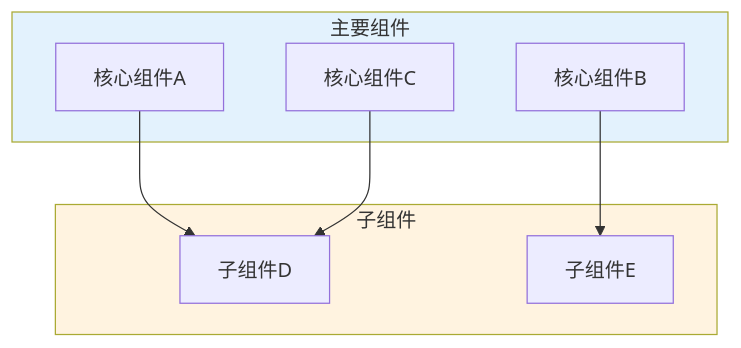
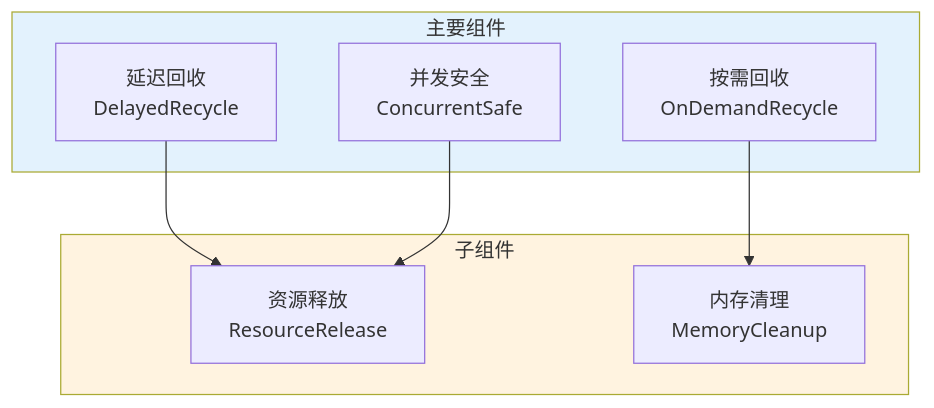
Diagram 23 of 24 in _posts/2025-07-05-indexlib-7-memory-management.md (zhouzhilong-commits/zhouzhilong-commits.github.io), drawn with Mermaid before and after one commit. The commit also changed other lines of this file and 3 other files, not shown here.

````diff
--- a/_posts/2025-07-05-indexlib-7-memory-management.md
+++ b/_posts/2025-07-05-indexlib-7-memory-management.md
@@ -1114,20 +1114,20 @@
 ```mermaid
 flowchart TD
     subgraph Main["主要组件"]
-        A["核心组件A"]
-        B["核心组件B"]
-        C["核心组件C"]
+        A["延迟回收<br/>DelayedRecycle"]
+        B["按需回收<br/>OnDemandRecycle"]
+        C["并发安全<br/>ConcurrentSafe"]
     end
     
     subgraph Sub["子组件"]
-        D["子组件D"]
-        E["子组件E"]
+        D["资源释放<br/>ResourceRelease"]
+        E["内存清理<br/>MemoryCleanup"]
     end
     
     A --> D
     B --> E
     C --> D
     
     style Main fill:#e3f2fd
     style Sub fill:#fff3e0
 ```
````
